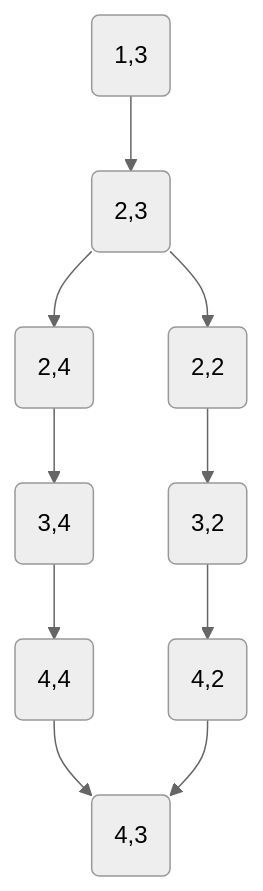
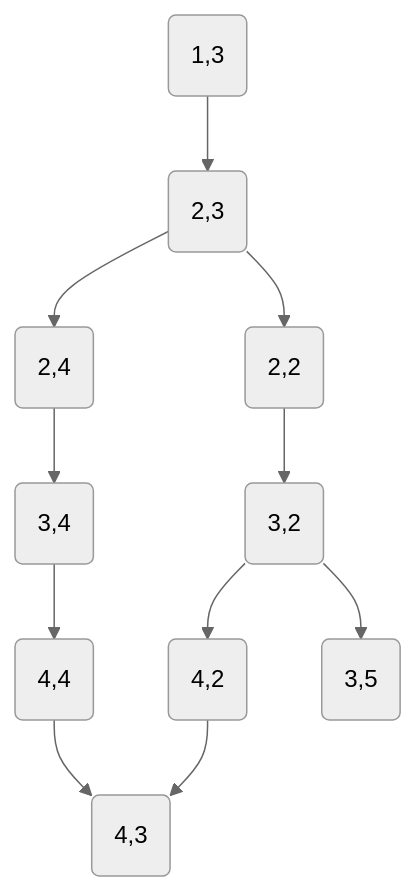
Before and after one commit to JAD-Kata/wolf-projet: the diagram in mmd/exemple.mmd, drawn with Mermaid (neutral theme). The commit also changed 1 other file, not shown here.

```diff
--- a/mmd/exemple.mmd
+++ b/mmd/exemple.mmd
@@ -1,17 +1,18 @@
 %% Exemple de graphe généré pour la foret ci-dessous :
-%% 11111
+%% 11 11
 %% 1   1
-%% 1 1 1
+%% 1 1
 %% 1   1
 %% 11111
 
 graph TD
     1(1,3) --> 2(2,3)
     2 --> 3(2,4)
     3 --> 4(3,4)
     4 --> 5(4,4)
     2 --> 6(2,2)
     6 --> 7(3,2)
     7 --> 8(4,2)
     5 --> 9(4,3)
     8 --> 9
+    7 --> 10(3,5)
```
